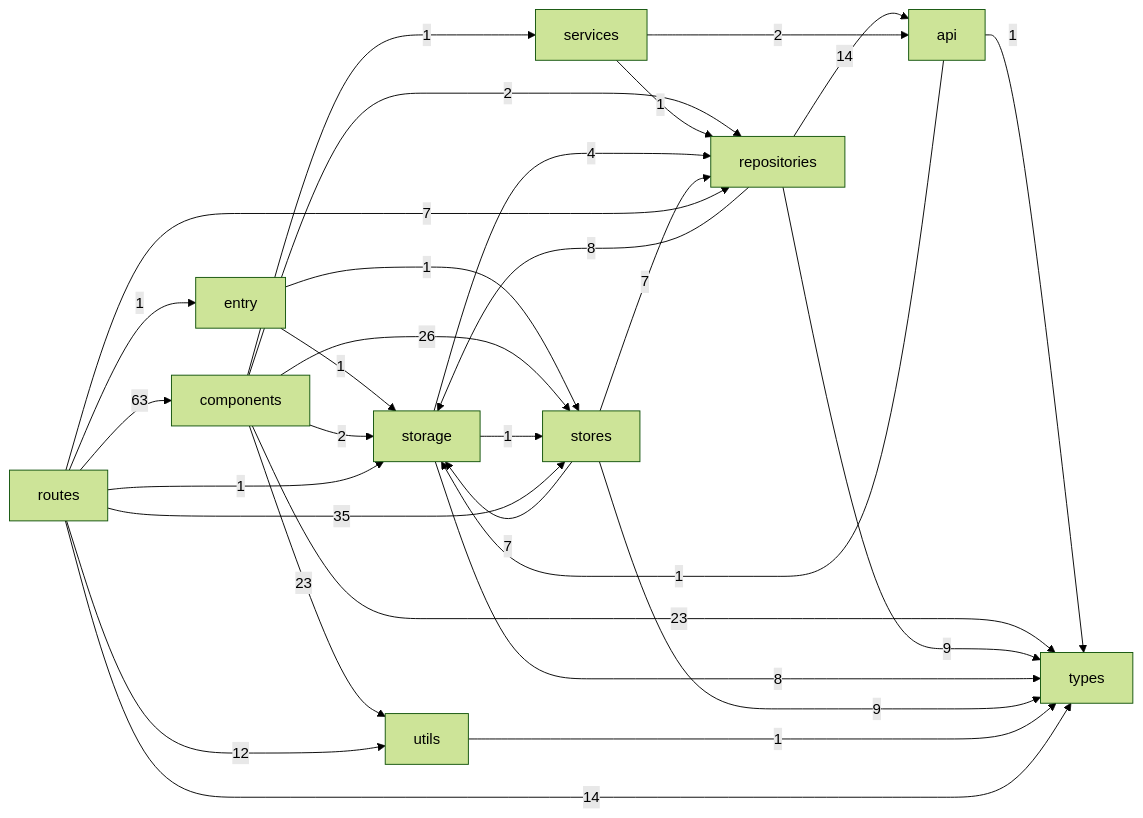
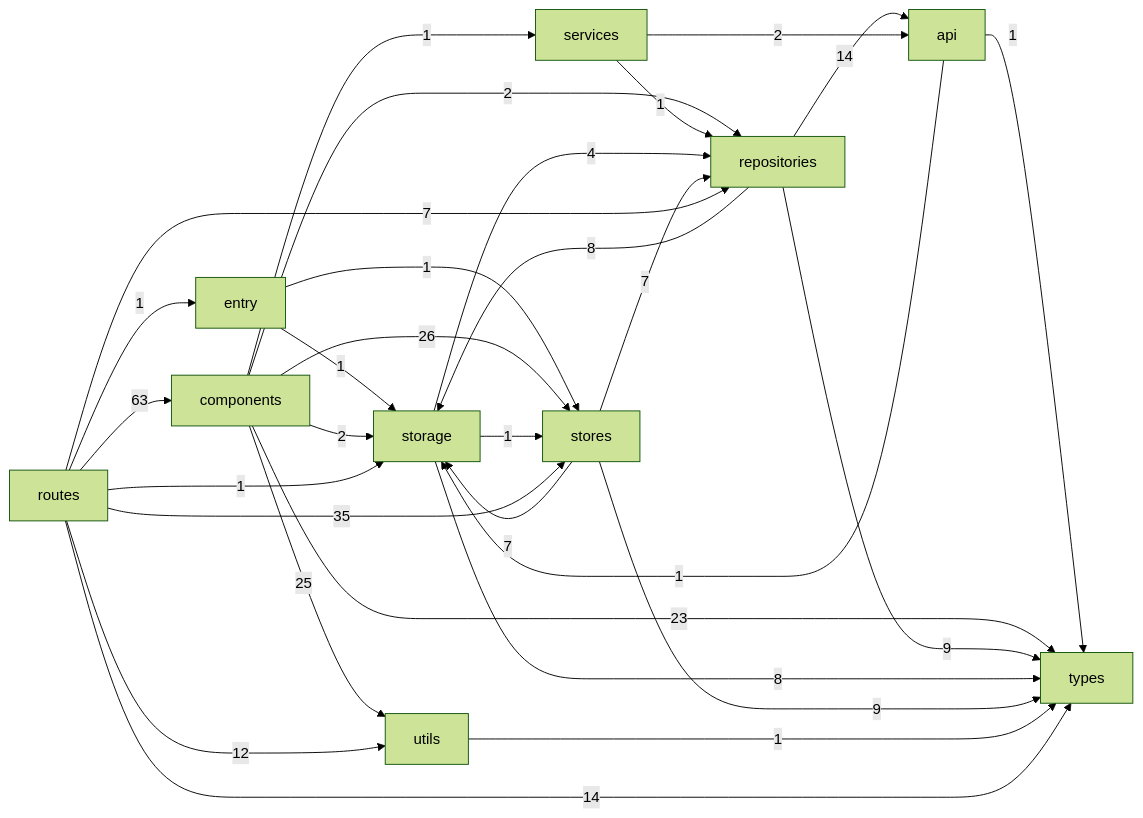
Before and after one commit to surajfale/notes-tasks: the second of 2 diagrams in docs/CODEBASE_GRAPH.md, drawn with Mermaid (forest theme). The commit also changed other lines of this file and 18 other files, not shown here.

````diff
--- a/docs/CODEBASE_GRAPH.md
+++ b/docs/CODEBASE_GRAPH.md
@@ -54,32 +55,32 @@
 ```mermaid
 flowchart LR
     entry["entry"] -->|1| storage["storage"]
     entry["entry"] -->|1| stores["stores"]
     api["api"] -->|1| storage["storage"]
     api["api"] -->|1| types["types"]
     components["components"] -->|26| stores["stores"]
     components["components"] -->|23| types["types"]
-    components["components"] -->|23| utils["utils"]
+    components["components"] -->|25| utils["utils"]
     components["components"] -->|2| repositories["repositories"]
     components["components"] -->|1| services["services"]
     components["components"] -->|2| storage["storage"]
     repositories["repositories"] -->|14| api["api"]
     repositories["repositories"] -->|9| types["types"]
     repositories["repositories"] -->|8| storage["storage"]
     services["services"] -->|2| api["api"]
     services["services"] -->|1| repositories["repositories"]
     storage["storage"] -->|8| types["types"]
     storage["storage"] -->|4| repositories["repositories"]
     storage["storage"] -->|1| stores["stores"]
     stores["stores"] -->|7| repositories["repositories"]
     stores["stores"] -->|7| storage["storage"]
     stores["stores"] -->|9| types["types"]
     utils["utils"] -->|1| types["types"]
     routes["routes"] -->|35| stores["stores"]
     routes["routes"] -->|1| entry["entry"]
     routes["routes"] -->|63| components["components"]
     routes["routes"] -->|7| repositories["repositories"]
     routes["routes"] -->|14| types["types"]
     routes["routes"] -->|12| utils["utils"]
     routes["routes"] -->|1| storage["storage"]
 ```
````
